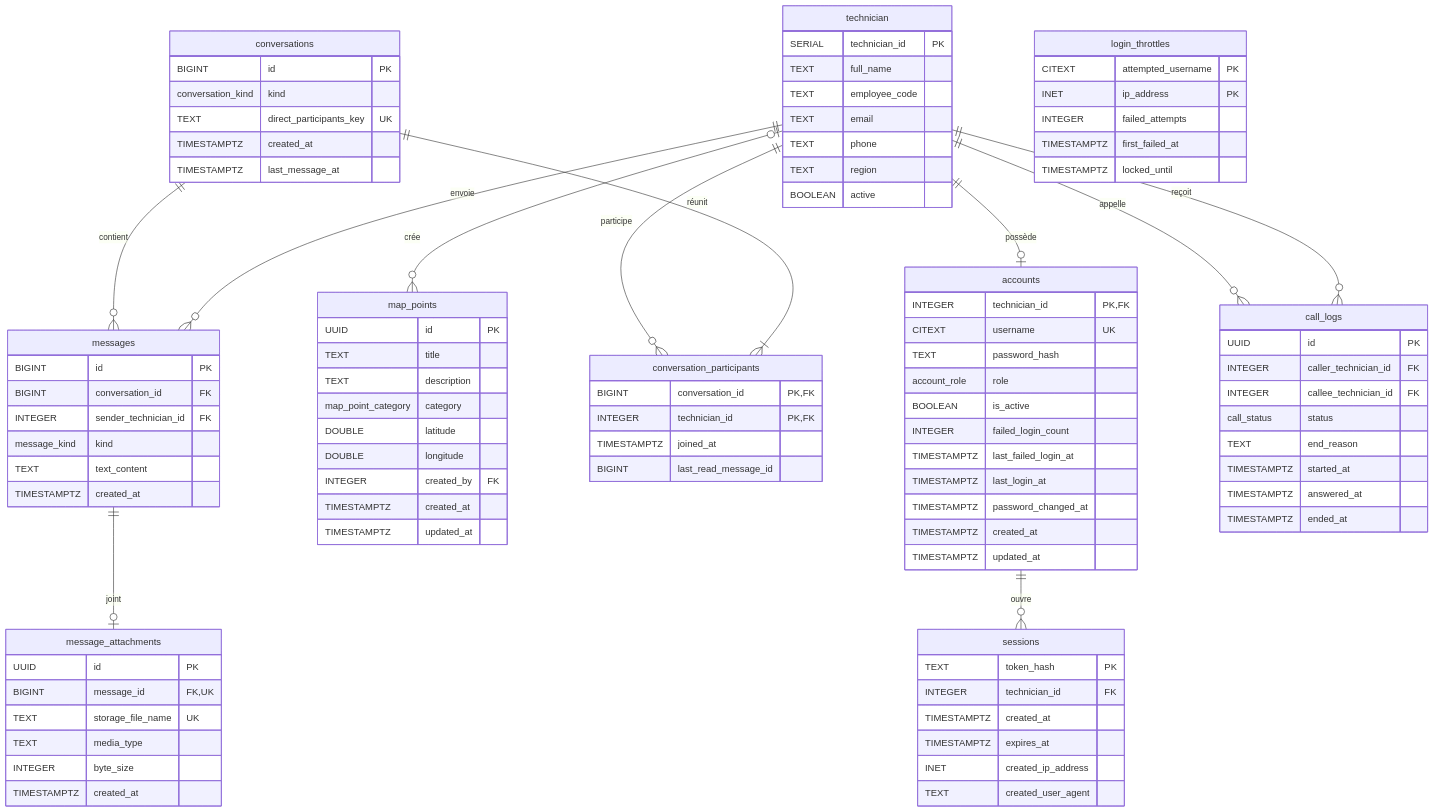
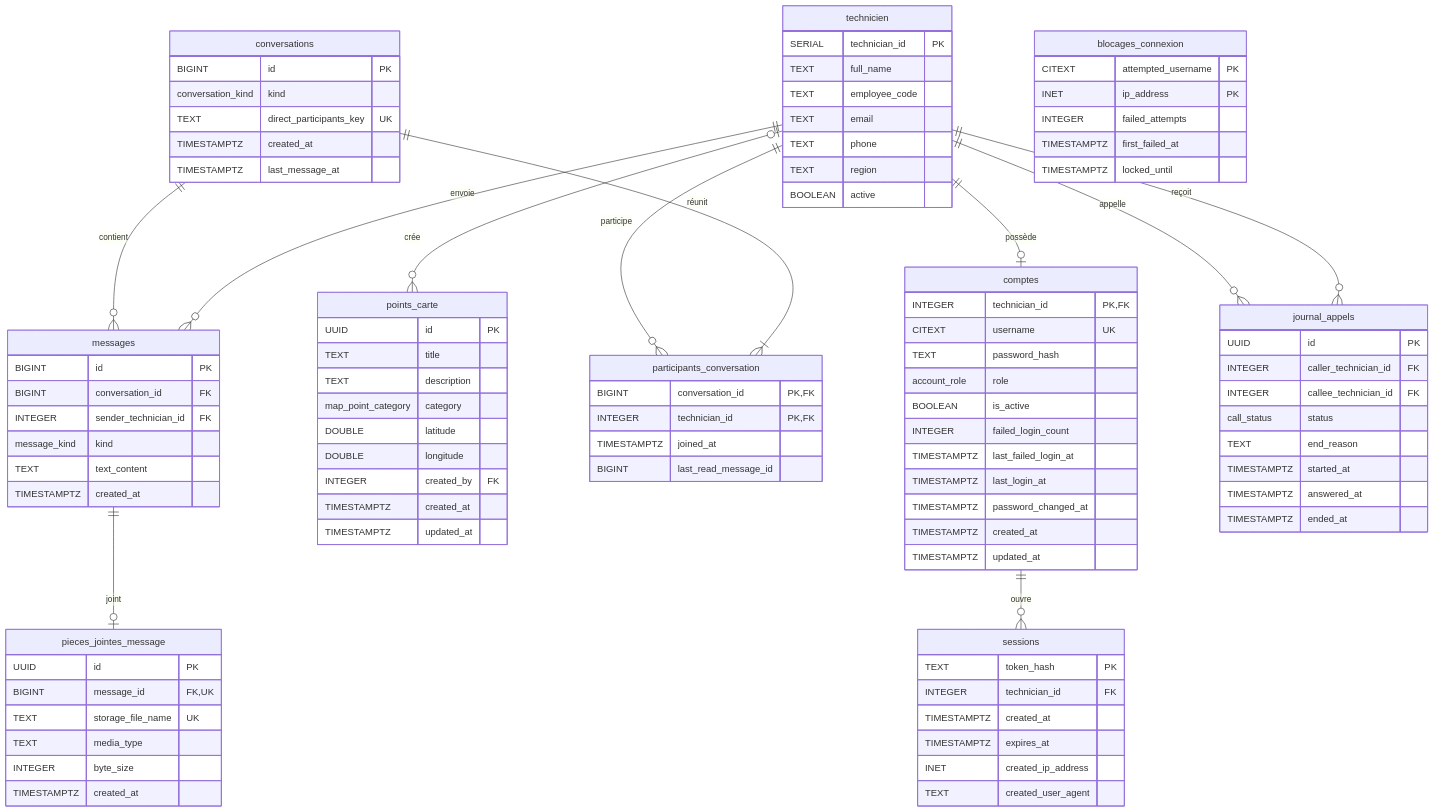
Before and after one commit to kalinuxjohn-ctrl/atm-chatbot: the diagram in docs/main-app/base-de-donnees.md, drawn with Mermaid. The commit also changed other lines of this file and 145 other files, not shown here.

````diff
--- a/docs/main-app/base-de-donnees.md
+++ b/docs/main-app/base-de-donnees.md
@@ -20,17 +24,17 @@
 ```mermaid
 erDiagram
-    technician ||--o| accounts : "possède"
-    accounts ||--o{ sessions : "ouvre"
-    technician |o--o{ map_points : "crée"
-    technician ||--o{ conversation_participants : "participe"
-    conversations ||--|{ conversation_participants : "réunit"
+    technicien ||--o| comptes : "possède"
+    comptes ||--o{ sessions : "ouvre"
+    technicien |o--o{ points_carte : "crée"
+    technicien ||--o{ participants_conversation : "participe"
+    conversations ||--|{ participants_conversation : "réunit"
     conversations ||--o{ messages : "contient"
-    technician ||--o{ messages : "envoie"
-    messages ||--o| message_attachments : "joint"
-    technician ||--o{ call_logs : "appelle"
-    technician ||--o{ call_logs : "reçoit"
+    technicien ||--o{ messages : "envoie"
+    messages ||--o| pieces_jointes_message : "joint"
+    technicien ||--o{ journal_appels : "appelle"
+    technicien ||--o{ journal_appels : "reçoit"
 
-    technician {
+    technicien {
         SERIAL technician_id PK
         TEXT full_name
         TEXT employee_code
@@ -39,7 +43,7 @@
         TEXT region
         BOOLEAN active
     }
-    accounts {
+    comptes {
         INTEGER technician_id PK,FK
         CITEXT username UK
         TEXT password_hash
@@ -60,14 +64,14 @@
         INET created_ip_address
         TEXT created_user_agent
     }
-    login_throttles {
+    blocages_connexion {
         CITEXT attempted_username PK
         INET ip_address PK
         INTEGER failed_attempts
         TIMESTAMPTZ first_failed_at
         TIMESTAMPTZ locked_until
     }
-    map_points {
+    points_carte {
         UUID id PK
         TEXT title
         TEXT description
@@ -85,7 +89,7 @@
         TIMESTAMPTZ created_at
         TIMESTAMPTZ last_message_at
     }
-    conversation_participants {
+    participants_conversation {
         BIGINT conversation_id PK,FK
         INTEGER technician_id PK,FK
         TIMESTAMPTZ joined_at
@@ -99,7 +103,7 @@
         TEXT text_content
         TIMESTAMPTZ created_at
     }
-    message_attachments {
+    pieces_jointes_message {
         UUID id PK
         BIGINT message_id FK,UK
         TEXT storage_file_name UK
@@ -107,7 +111,7 @@
         INTEGER byte_size
         TIMESTAMPTZ created_at
     }
-    call_logs {
+    journal_appels {
         UUID id PK
         INTEGER caller_technician_id FK
         INTEGER callee_technician_id FK
````
